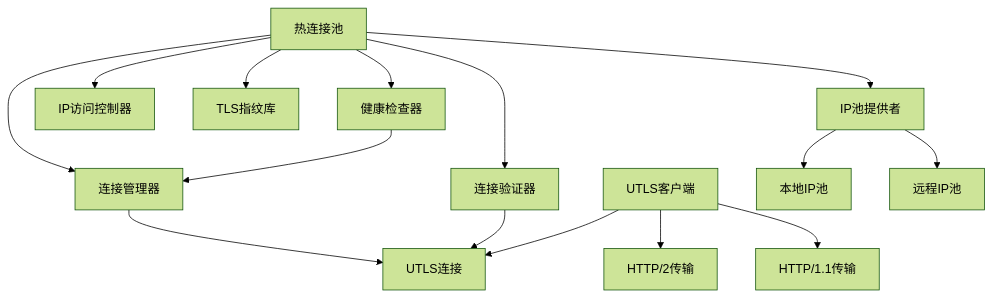
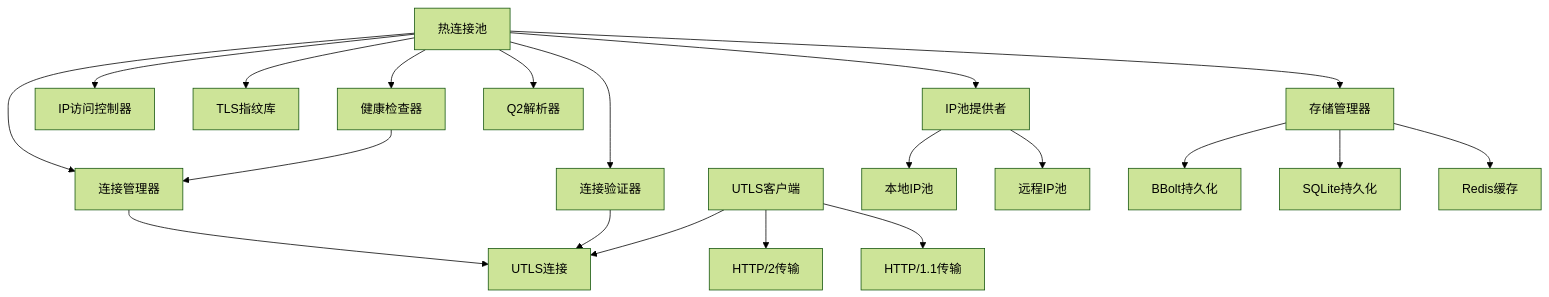
One commit to vistone/crawler-platform changed diagram 12 of 14 in .qoder/repowiki/zh/content/核心功能/核心功能.md. Above: the diagram before and after it, drawn with Mermaid (forest theme). The commit also changed other lines of this file and 36 other files, not shown here.

````diff
--- a/.qoder/repowiki/zh/content/核心功能/核心功能.md
+++ b/.qoder/repowiki/zh/content/核心功能/核心功能.md
@@ -432,17 +682,22 @@
 ```mermaid
 graph TD
 UTLSHotConnPool[热连接池] --> ConnectionManager[连接管理器]
 UTLSHotConnPool --> HealthChecker[健康检查器]
 UTLSHotConnPool --> ConnectionValidator[连接验证器]
 UTLSHotConnPool --> IPAccessController[IP访问控制器]
 ConnectionManager --> UTLSConnection[UTLS连接]
 HealthChecker --> ConnectionManager
 ConnectionValidator --> UTLSConnection
 UTLSHotConnPool --> Library[TLS指纹库]
 UTLSHotConnPool --> IPPoolProvider[IP池提供者]
 UTLSClient[UTLS客户端] --> UTLSConnection
 UTLSClient --> HTTP2Transport[HTTP/2传输]
 UTLSClient --> HTTP1Transport[HTTP/1.1传输]
 IPPoolProvider --> LocalIPPool[本地IP池]
 IPPoolProvider --> RemoteIPPool[远程IP池]
+UTLSHotConnPool --> Q2Parser[Q2解析器]
+UTLSHotConnPool --> TileStorage[存储管理器]
+TileStorage --> BBolt[BBolt持久化]
+TileStorage --> SQLite[SQLite持久化]
+TileStorage --> Redis[Redis缓存]
 ```
````
